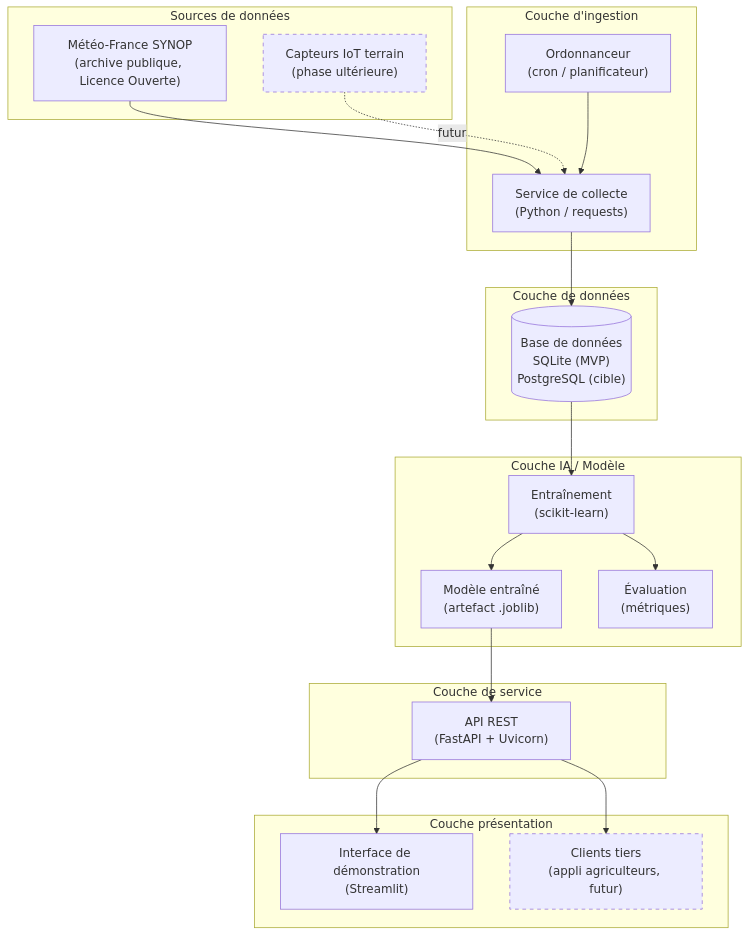
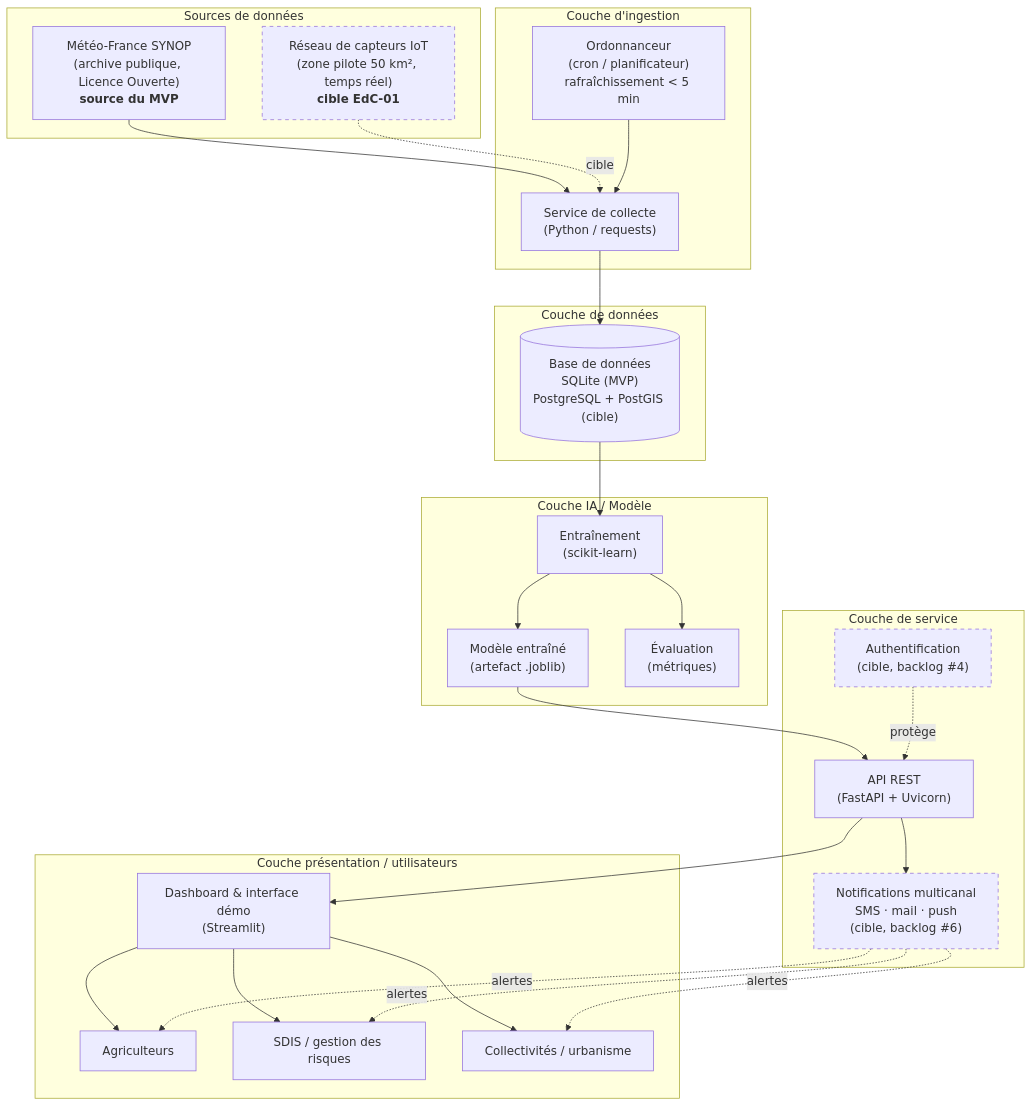
The first of 3 diagrams in docs/02-architecture.md (gohnzy/pjgouttedeau_MVP), drawn with Mermaid before and after one commit. The commit also changed other lines of this file and 7 other files, not shown here.

````diff
--- a/docs/02-architecture.md
+++ b/docs/02-architecture.md
@@ -26,45 +35,56 @@
 ```mermaid
 flowchart TB
     subgraph SRC["Sources de données"]
-        MF["Météo-France SYNOP<br/>(archive publique, Licence Ouverte)"]
-        IOT["Capteurs IoT terrain<br/>(phase ultérieure)"]
+        MF["Météo-France SYNOP<br/>(archive publique, Licence Ouverte)<br/><b>source du MVP</b>"]
+        IOT["Réseau de capteurs IoT<br/>(zone pilote 50 km², temps réel)<br/><b>cible EdC-01</b>"]
     end
 
     subgraph INGEST["Couche d'ingestion"]
         COL["Service de collecte<br/>(Python / requests)"]
-        SCHED["Ordonnanceur<br/>(cron / planificateur)"]
+        SCHED["Ordonnanceur<br/>(cron / planificateur)<br/>rafraîchissement < 5 min"]
     end
 
     subgraph DATA["Couche de données"]
-        DB[("Base de données<br/>SQLite (MVP)<br/>PostgreSQL (cible)")]
+        DB[("Base de données<br/>SQLite (MVP)<br/>PostgreSQL + PostGIS (cible)")]
     end
 
     subgraph ML["Couche IA / Modèle"]
         TRAIN["Entraînement<br/>(scikit-learn)"]
         MODEL["Modèle entraîné<br/>(artefact .joblib)"]
         EVAL["Évaluation<br/>(métriques)"]
     end
 
     subgraph SERVE["Couche de service"]
         API["API REST<br/>(FastAPI + Uvicorn)"]
+        AUTH["Authentification<br/>(cible, backlog #4)"]
+        NOTIF["Notifications multicanal<br/>SMS · mail · push<br/>(cible, backlog #6)"]
     end
 
-    subgraph CLIENT["Couche présentation"]
-        UI["Interface de démonstration<br/>(Streamlit)"]
-        EXT["Clients tiers<br/>(appli agriculteurs, futur)"]
+    subgraph CLIENT["Couche présentation / utilisateurs"]
+        UI["Dashboard & interface démo<br/>(Streamlit)"]
+        AGRI["Agriculteurs"]
+        SDIS["SDIS / gestion des risques"]
+        COLL["Collectivités / urbanisme"]
     end
 
     MF --> COL
-    IOT -. futur .-> COL
+    IOT -. cible .-> COL
     SCHED --> COL
     COL --> DB
     DB --> TRAIN
     TRAIN --> MODEL
     TRAIN --> EVAL
     MODEL --> API
     API --> UI
-    API --> EXT
+    API --> NOTIF
+    AUTH -. protège .-> API
+    UI --> AGRI
+    UI --> SDIS
+    UI --> COLL
+    NOTIF -. alertes .-> AGRI
+    NOTIF -. alertes .-> SDIS
+    NOTIF -. alertes .-> COLL
 
     classDef future stroke-dasharray: 5 5;
-    class IOT,EXT future;
+    class IOT,AUTH,NOTIF future;
 ```
````
